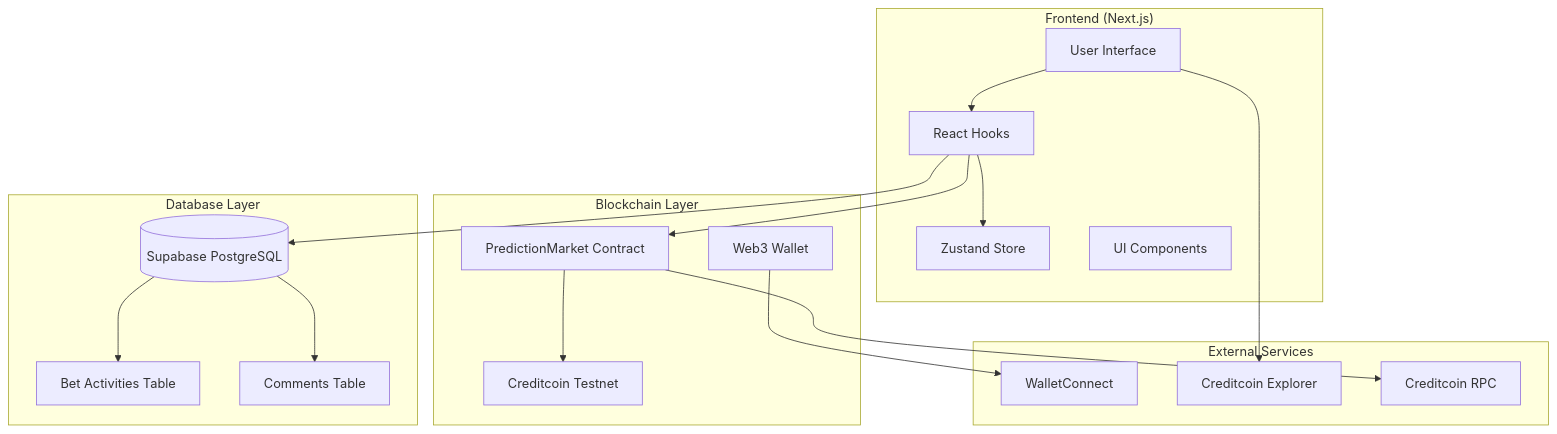
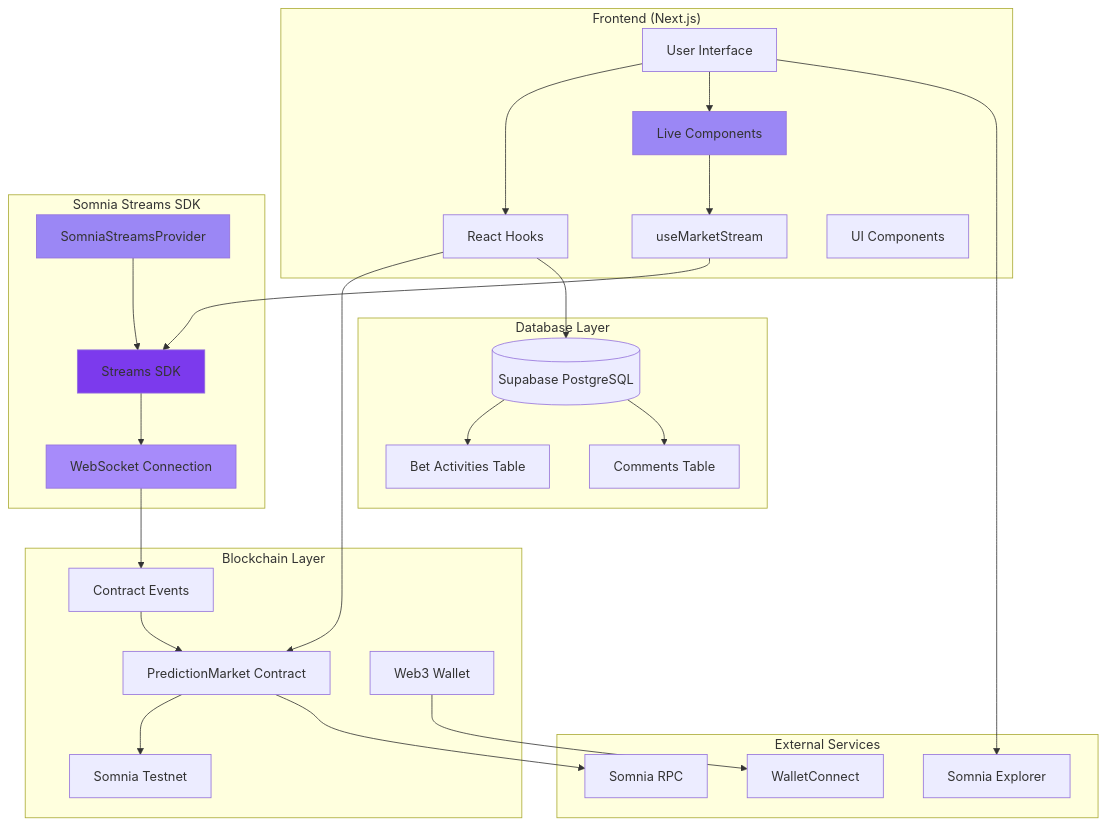
Before and after one commit to enliven17/somnia-predict: the first of 12 diagrams in diagrams.md, drawn with Mermaid. The commit also changed other lines of this file and 13 other files, not shown here.

Commit message:
somnia streams

````diff
--- a/diagrams.md
+++ b/diagrams.md
@@ -7,38 +7,57 @@
 ```mermaid
 graph TB
     subgraph "Frontend (Next.js)"
         UI[User Interface]
         Hooks[React Hooks]
-        Store[Zustand Store]
+        StreamsHook[useMarketStream]
+        LiveComponents[Live Components]
         Components[UI Components]
+    end
+    
+    subgraph "Somnia Streams SDK"
+        StreamsProvider[SomniaStreamsProvider]
+        SDK[Streams SDK]
+        WebSocket[WebSocket Connection]
     end
     
     subgraph "Blockchain Layer"
         Contract[PredictionMarket Contract]
         Wallet[Web3 Wallet]
-        CTC[Creditcoin Testnet]
+        Somnia[Somnia Testnet]
+        Events[Contract Events]
     end
     
     subgraph "Database Layer"
         Supabase[(Supabase PostgreSQL)]
         BetActivities[Bet Activities Table]
         Comments[Comments Table]
     end
     
     subgraph "External Services"
         WalletConnect[WalletConnect]
-        Explorer[Creditcoin Explorer]
-        RPC[Creditcoin RPC]
+        Explorer[Somnia Explorer]
+        RPC[Somnia RPC]
     end
     
     UI --> Hooks
-    Hooks --> Store
+    UI --> LiveComponents
     Hooks --> Contract
-    Contract --> CTC
+    StreamsHook --> SDK
+    SDK --> WebSocket
+    WebSocket --> Events
+    Events --> Contract
+    Contract --> Somnia
     Wallet --> WalletConnect
     Contract --> RPC
     Hooks --> Supabase
+    StreamsProvider --> SDK
+    LiveComponents --> StreamsHook
     Supabase --> BetActivities
     Supabase --> Comments
     UI --> Explorer
+    
+    style StreamsProvider fill:#9b87f5
+    style SDK fill:#7c3aed
+    style WebSocket fill:#a78bfa
+    style LiveComponents fill:#9b87f5
 ```
````
